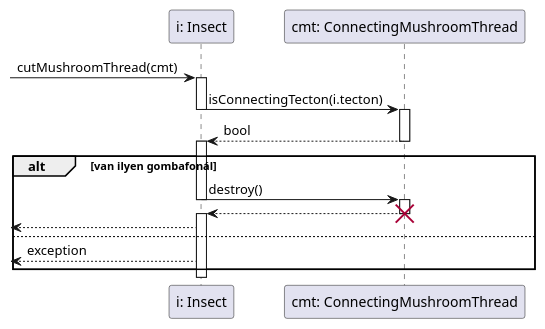
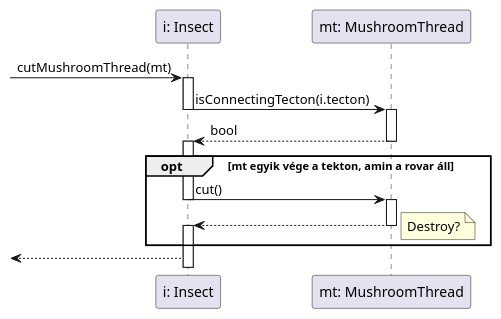
One commit to dzsem/projlab changed the diagram in diagrams/sequence/insect/cutMushroomThread.plantuml. Above: the diagram before and after it, drawn with PlantUML. The commit also changed 1 other file, not shown here.

Commit message:
Update insect sequence diagrams from class diagram, switch alt-exception to opt

```diff
--- a/diagrams/sequence/insect/cutMushroomThread.plantuml
+++ b/diagrams/sequence/insect/cutMushroomThread.plantuml
@@ -1,32 +1,33 @@
 @startuml Insect.cutMushroomThread
 
 participant "i: Insect" as insect
-participant "cmt: ConnectingMushroomThread" as cmt
+participant "mt: MushroomThread" as mt
 
--> insect: cutMushroomThread(cmt)
+-> insect: cutMushroomThread(mt)
 activate insect
 
-insect -> cmt: isConnectingTecton(i.tecton)
+insect -> mt: isConnectingTecton(i.tecton)
 deactivate insect
-activate cmt
+activate mt
 
-insect <-- cmt: bool
-deactivate cmt
+insect <-- mt: bool
+deactivate mt
 activate insect
 
-alt van ilyen gombafonál
+opt mt egyik vége a tekton, amin a rovar áll
 	' itt a destroy feladata az is, hogy eltávolítsa magát
 	' a MT-k listáiból
-	insect -> cmt: destroy()
+	insect -> mt: cut()
 	deactivate insect
-	activate cmt
+	activate mt
 
-	insect <-- cmt
-	destroy cmt
+	insect <-- mt
+	deactivate mt
 	activate insect
 
-	<-- insect
-else
-	<-- insect: exception
+	note right: Destroy?
+
 end
+
+<-- insect
 @enduml
```
